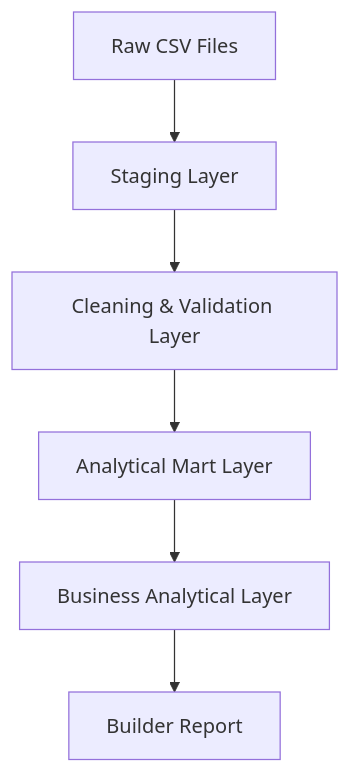
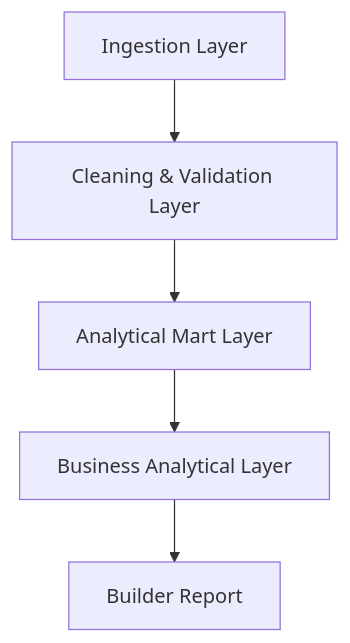
Before and after one commit to Abraham-LoGa/annies-liquor-sales-analysis: the diagram in README.md, drawn with Mermaid.

Commit message:
Update README.md diagram architecture

````diff
--- a/README.md
+++ b/README.md
@@ -25,8 +25,7 @@
 ```mermaid
 flowchart TD
-    A[Raw CSV Files] --> B[Staging Layer]
-    B --> C[Cleaning & Validation Layer]
-    C --> D[Analytical Mart Layer]
-    D --> E[Business Analytical Layer]
-    E --> F[Builder Report]
+    A[Ingestion Layer] --> B[Cleaning & Validation Layer]
+    B --> C[Analytical Mart Layer]
+    C --> D[Business Analytical Layer]
+    D --> E[Builder Report]
 ```
````
